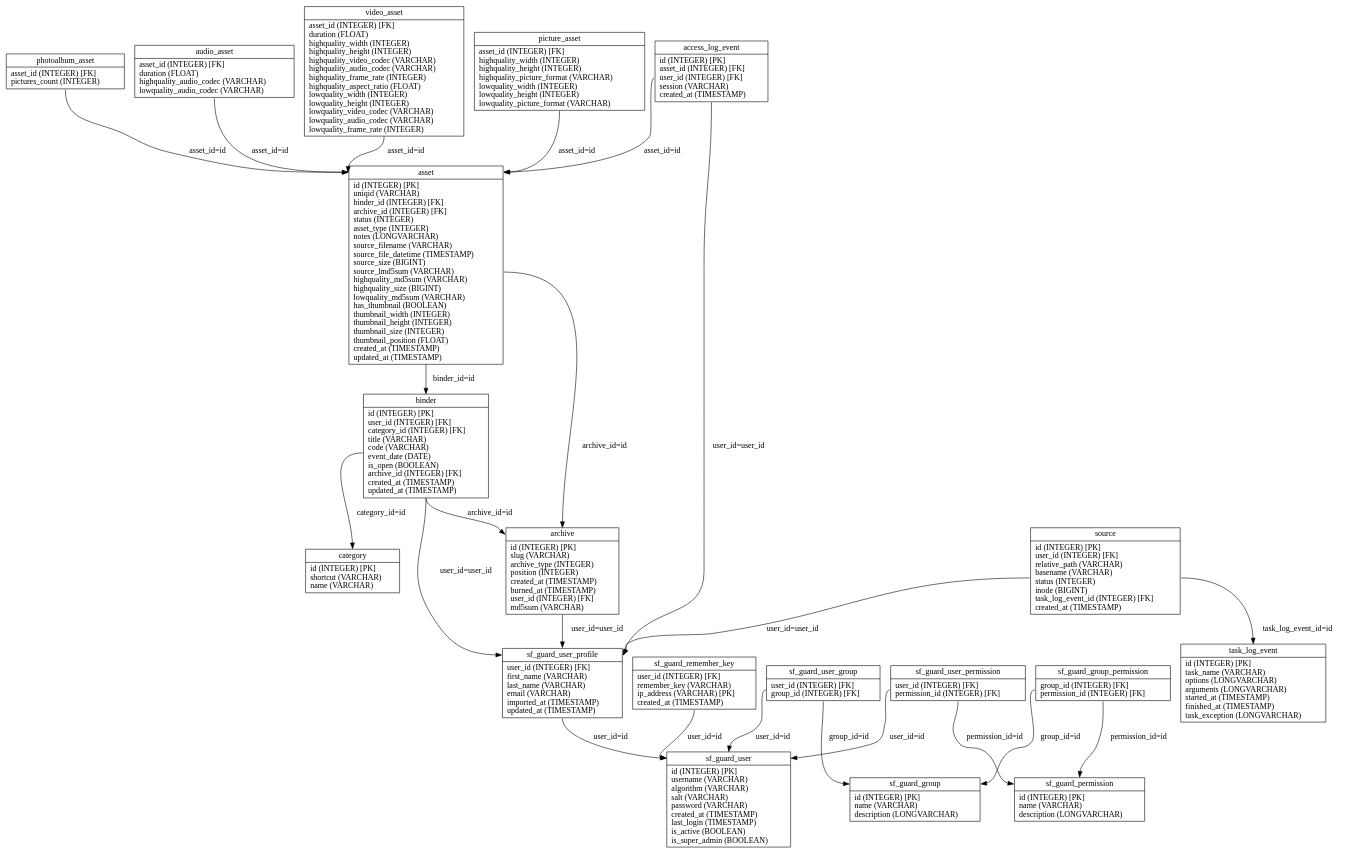
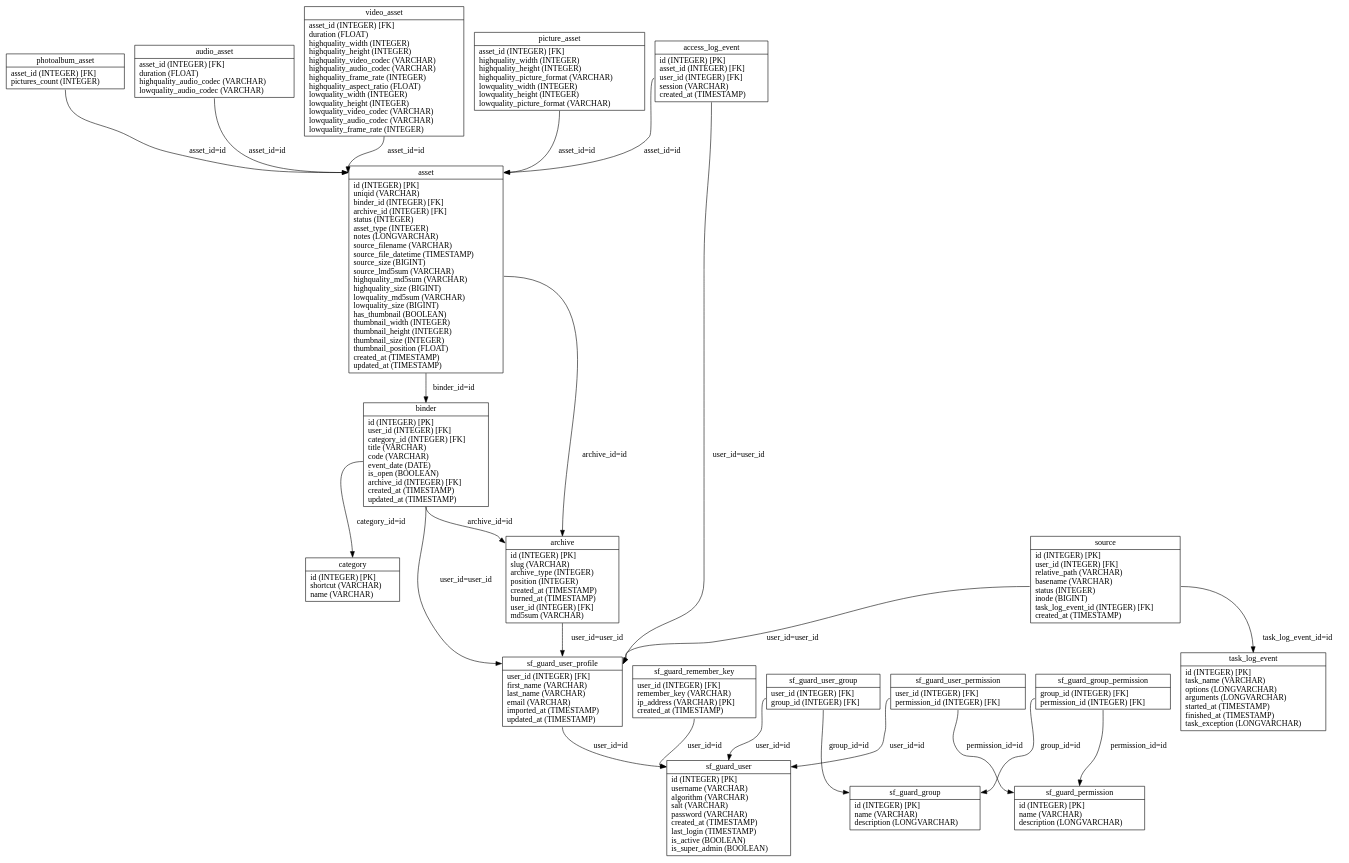
The diagram in graph/propel.schema.dot (loristissino/wviola), drawn with Graphviz before and after one commit. The commit also changed 63 other files, not shown here.

```diff
--- a/graph/propel.schema.dot
+++ b/graph/propel.schema.dot
@@ -1,44 +1,44 @@
 digraph G {
 nodesf_guard_user_profile [label="{<table>sf_guard_user_profile|<cols>user_id (INTEGER) [FK]\lfirst_name (VARCHAR)\llast_name (VARCHAR)\lemail (VARCHAR)\limported_at (TIMESTAMP)\lupdated_at (TIMESTAMP)\l}", shape=record];
-nodeasset [label="{<table>asset|<cols>id (INTEGER) [PK]\luniqid (VARCHAR)\lbinder_id (INTEGER) [FK]\larchive_id (INTEGER) [FK]\lstatus (INTEGER)\lasset_type (INTEGER)\lnotes (LONGVARCHAR)\lsource_filename (VARCHAR)\lsource_file_datetime (TIMESTAMP)\lsource_size (BIGINT)\lsource_lmd5sum (VARCHAR)\lhighquality_md5sum (VARCHAR)\lhighquality_size (BIGINT)\llowquality_md5sum (VARCHAR)\lhas_thumbnail (BOOLEAN)\lthumbnail_width (INTEGER)\lthumbnail_height (INTEGER)\lthumbnail_size (INTEGER)\lthumbnail_position (FLOAT)\lcreated_at (TIMESTAMP)\lupdated_at (TIMESTAMP)\l}", shape=record];
+nodeasset [label="{<table>asset|<cols>id (INTEGER) [PK]\luniqid (VARCHAR)\lbinder_id (INTEGER) [FK]\larchive_id (INTEGER) [FK]\lstatus (INTEGER)\lasset_type (INTEGER)\lnotes (LONGVARCHAR)\lsource_filename (VARCHAR)\lsource_file_datetime (TIMESTAMP)\lsource_size (BIGINT)\lsource_lmd5sum (VARCHAR)\lhighquality_md5sum (VARCHAR)\lhighquality_size (BIGINT)\llowquality_md5sum (VARCHAR)\llowquality_size (BIGINT)\lhas_thumbnail (BOOLEAN)\lthumbnail_width (INTEGER)\lthumbnail_height (INTEGER)\lthumbnail_size (INTEGER)\lthumbnail_position (FLOAT)\lcreated_at (TIMESTAMP)\lupdated_at (TIMESTAMP)\l}", shape=record];
 nodevideo_asset [label="{<table>video_asset|<cols>asset_id (INTEGER) [FK]\lduration (FLOAT)\lhighquality_width (INTEGER)\lhighquality_height (INTEGER)\lhighquality_video_codec (VARCHAR)\lhighquality_audio_codec (VARCHAR)\lhighquality_frame_rate (INTEGER)\lhighquality_aspect_ratio (FLOAT)\llowquality_width (INTEGER)\llowquality_height (INTEGER)\llowquality_video_codec (VARCHAR)\llowquality_audio_codec (VARCHAR)\llowquality_frame_rate (INTEGER)\l}", shape=record];
 nodepicture_asset [label="{<table>picture_asset|<cols>asset_id (INTEGER) [FK]\lhighquality_width (INTEGER)\lhighquality_height (INTEGER)\lhighquality_picture_format (VARCHAR)\llowquality_width (INTEGER)\llowquality_height (INTEGER)\llowquality_picture_format (VARCHAR)\l}", shape=record];
 nodephotoalbum_asset [label="{<table>photoalbum_asset|<cols>asset_id (INTEGER) [FK]\lpictures_count (INTEGER)\l}", shape=record];
 nodeaudio_asset [label="{<table>audio_asset|<cols>asset_id (INTEGER) [FK]\lduration (FLOAT)\lhighquality_audio_codec (VARCHAR)\llowquality_audio_codec (VARCHAR)\l}", shape=record];
 nodebinder [label="{<table>binder|<cols>id (INTEGER) [PK]\luser_id (INTEGER) [FK]\lcategory_id (INTEGER) [FK]\ltitle (VARCHAR)\lcode (VARCHAR)\levent_date (DATE)\lis_open (BOOLEAN)\larchive_id (INTEGER) [FK]\lcreated_at (TIMESTAMP)\lupdated_at (TIMESTAMP)\l}", shape=record];
 nodearchive [label="{<table>archive|<cols>id (INTEGER) [PK]\lslug (VARCHAR)\larchive_type (INTEGER)\lposition (INTEGER)\lcreated_at (TIMESTAMP)\lburned_at (TIMESTAMP)\luser_id (INTEGER) [FK]\lmd5sum (VARCHAR)\l}", shape=record];
 nodecategory [label="{<table>category|<cols>id (INTEGER) [PK]\lshortcut (VARCHAR)\lname (VARCHAR)\l}", shape=record];
 nodeaccess_log_event [label="{<table>access_log_event|<cols>id (INTEGER) [PK]\lasset_id (INTEGER) [FK]\luser_id (INTEGER) [FK]\lsession (VARCHAR)\lcreated_at (TIMESTAMP)\l}", shape=record];
 nodetask_log_event [label="{<table>task_log_event|<cols>id (INTEGER) [PK]\ltask_name (VARCHAR)\loptions (LONGVARCHAR)\larguments (LONGVARCHAR)\lstarted_at (TIMESTAMP)\lfinished_at (TIMESTAMP)\ltask_exception (LONGVARCHAR)\l}", shape=record];
 nodesource [label="{<table>source|<cols>id (INTEGER) [PK]\luser_id (INTEGER) [FK]\lrelative_path (VARCHAR)\lbasename (VARCHAR)\lstatus (INTEGER)\linode (BIGINT)\ltask_log_event_id (INTEGER) [FK]\lcreated_at (TIMESTAMP)\l}", shape=record];
 nodesf_guard_group [label="{<table>sf_guard_group|<cols>id (INTEGER) [PK]\lname (VARCHAR)\ldescription (LONGVARCHAR)\l}", shape=record];
 nodesf_guard_permission [label="{<table>sf_guard_permission|<cols>id (INTEGER) [PK]\lname (VARCHAR)\ldescription (LONGVARCHAR)\l}", shape=record];
 nodesf_guard_group_permission [label="{<table>sf_guard_group_permission|<cols>group_id (INTEGER) [FK]\lpermission_id (INTEGER) [FK]\l}", shape=record];
 nodesf_guard_user [label="{<table>sf_guard_user|<cols>id (INTEGER) [PK]\lusername (VARCHAR)\lalgorithm (VARCHAR)\lsalt (VARCHAR)\lpassword (VARCHAR)\lcreated_at (TIMESTAMP)\llast_login (TIMESTAMP)\lis_active (BOOLEAN)\lis_super_admin (BOOLEAN)\l}", shape=record];
 nodesf_guard_user_permission [label="{<table>sf_guard_user_permission|<cols>user_id (INTEGER) [FK]\lpermission_id (INTEGER) [FK]\l}", shape=record];
 nodesf_guard_user_group [label="{<table>sf_guard_user_group|<cols>user_id (INTEGER) [FK]\lgroup_id (INTEGER) [FK]\l}", shape=record];
 nodesf_guard_remember_key [label="{<table>sf_guard_remember_key|<cols>user_id (INTEGER) [FK]\lremember_key (VARCHAR)\lip_address (VARCHAR) [PK]\lcreated_at (TIMESTAMP)\l}", shape=record];
 
 nodesf_guard_user_profile:cols -> nodesf_guard_user:table [label="user_id=id "];
 nodeasset:cols -> nodebinder:table [label="binder_id=id "];
 nodeasset:cols -> nodearchive:table [label="archive_id=id "];
 nodevideo_asset:cols -> nodeasset:table [label="asset_id=id "];
 nodepicture_asset:cols -> nodeasset:table [label="asset_id=id "];
 nodephotoalbum_asset:cols -> nodeasset:table [label="asset_id=id "];
 nodeaudio_asset:cols -> nodeasset:table [label="asset_id=id "];
 nodebinder:cols -> nodesf_guard_user_profile:table [label="user_id=user_id "];
 nodebinder:cols -> nodecategory:table [label="category_id=id "];
 nodebinder:cols -> nodearchive:table [label="archive_id=id "];
 nodearchive:cols -> nodesf_guard_user_profile:table [label="user_id=user_id "];
 nodeaccess_log_event:cols -> nodeasset:table [label="asset_id=id "];
 nodeaccess_log_event:cols -> nodesf_guard_user_profile:table [label="user_id=user_id "];
 nodesource:cols -> nodesf_guard_user_profile:table [label="user_id=user_id "];
 nodesource:cols -> nodetask_log_event:table [label="task_log_event_id=id "];
 nodesf_guard_group_permission:cols -> nodesf_guard_group:table [label="group_id=id "];
 nodesf_guard_group_permission:cols -> nodesf_guard_permission:table [label="permission_id=id "];
 nodesf_guard_user_permission:cols -> nodesf_guard_user:table [label="user_id=id "];
 nodesf_guard_user_permission:cols -> nodesf_guard_permission:table [label="permission_id=id "];
 nodesf_guard_user_group:cols -> nodesf_guard_user:table [label="user_id=id "];
 nodesf_guard_user_group:cols -> nodesf_guard_group:table [label="group_id=id "];
 nodesf_guard_remember_key:cols -> nodesf_guard_user:table [label="user_id=id "];
 }
```
